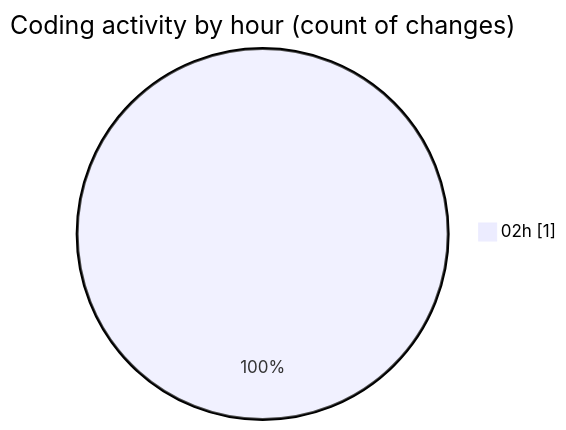
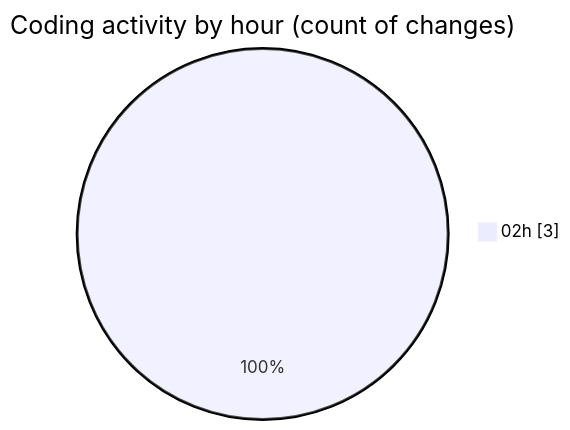
The second of 2 diagrams in 2025-04-05/back-end/README.md (Netris89/code-tracking), drawn with Mermaid before and after one commit. The commit also changed other lines of this file and 1 other file, not shown here.

````diff
--- a/2025-04-05/back-end/README.md
+++ b/2025-04-05/back-end/README.md
@@ -28,5 +29,5 @@
 ```mermaid
 pie showData
 title Coding activity by hour (count of changes)
-"02h" : 1
+"02h" : 3
 ```
````
